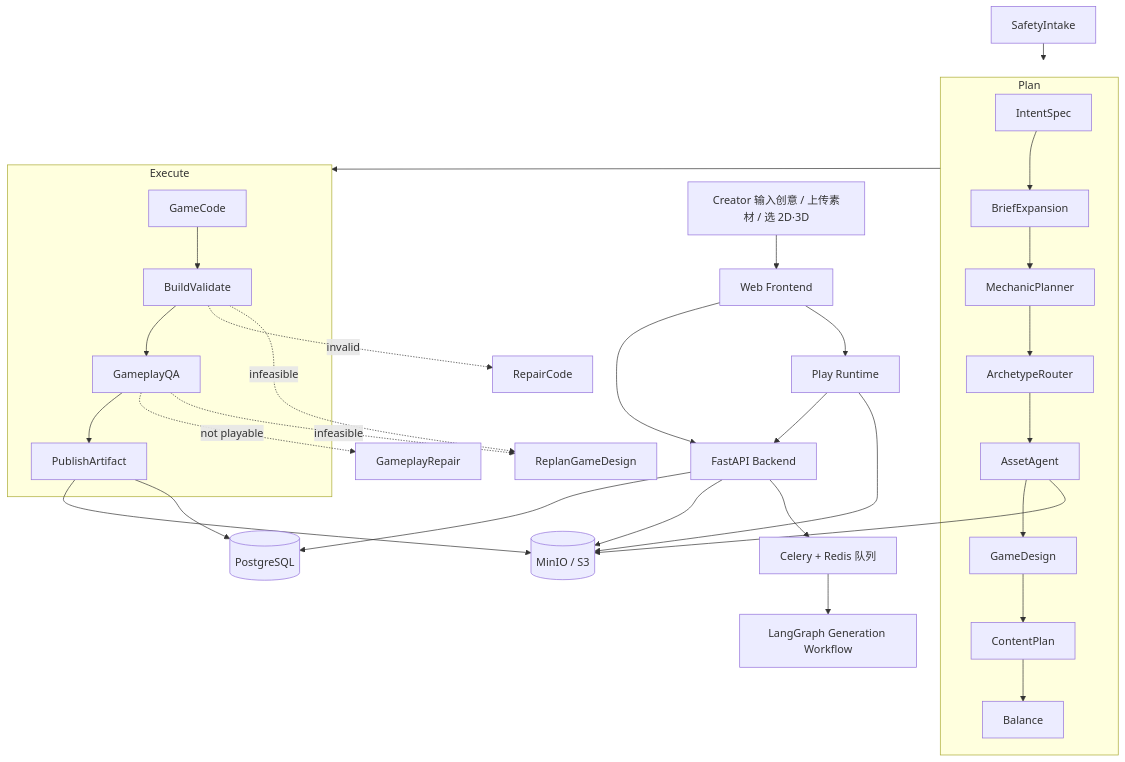
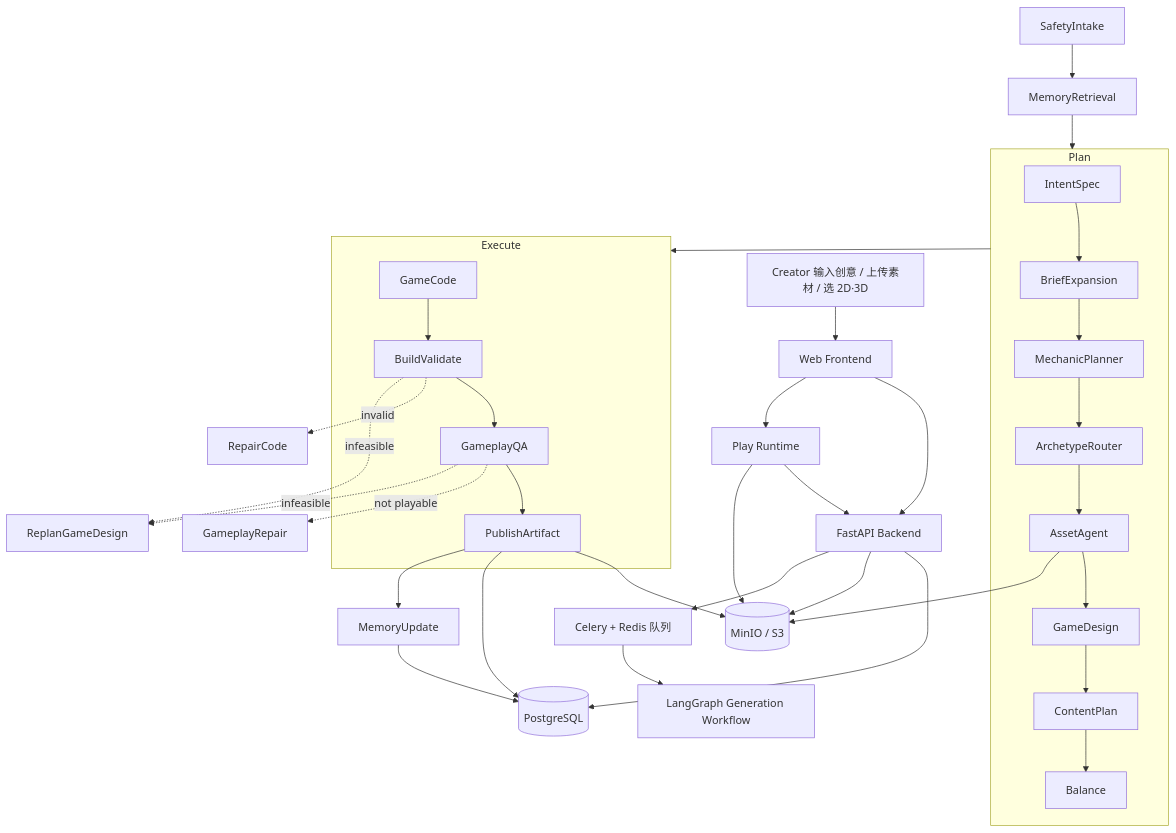
Before and after one commit to charlie11sun-netizen/yahaha: the first of 3 diagrams in docs/multi-agent_design.md, drawn with Mermaid. The commit also changed other lines of this file and 25 other files, not shown here.

````diff
--- a/docs/multi-agent_design.md
+++ b/docs/multi-agent_design.md
@@ -195,32 +199,35 @@
 ```mermaid
 flowchart TD
   U[Creator 输入创意 / 上传素材 / 选 2D·3D] --> FE[Web Frontend]
   FE --> API[FastAPI Backend]
 
   API --> DB[(PostgreSQL)]
   API --> OSS[(MinIO / S3)]
   API --> Q[Celery + Redis 队列]
 
   Q --> LG[LangGraph Generation Workflow]
 
+  A0[SafetyIntake] --> MR[MemoryRetrieval]
   subgraph Plan
     A1[IntentSpec] --> A2[BriefExpansion] --> A3[MechanicPlanner] --> A4[ArchetypeRouter]
     A4 --> A5[AssetAgent] --> A6[GameDesign] --> A7[ContentPlan] --> A8[Balance]
   end
   subgraph Execute
     A9[GameCode] --> A10[BuildValidate] --> A11[GameplayQA] --> A12[PublishArtifact]
   end
-  A0[SafetyIntake] --> Plan
+  MR --> Plan
   Plan --> Execute
   A10 -. invalid .-> RC[RepairCode]
   A11 -. not playable .-> GR[GameplayRepair]
   A10 & A11 -. infeasible .-> RP[ReplanGameDesign]
 
   A5 --> OSS
   A12 --> OSS
   A12 --> DB
+  A12 --> MU[MemoryUpdate]
+  MU --> DB
 
   FE --> PLAY[Play Runtime]
   PLAY --> API
   PLAY --> OSS
 ```
````
